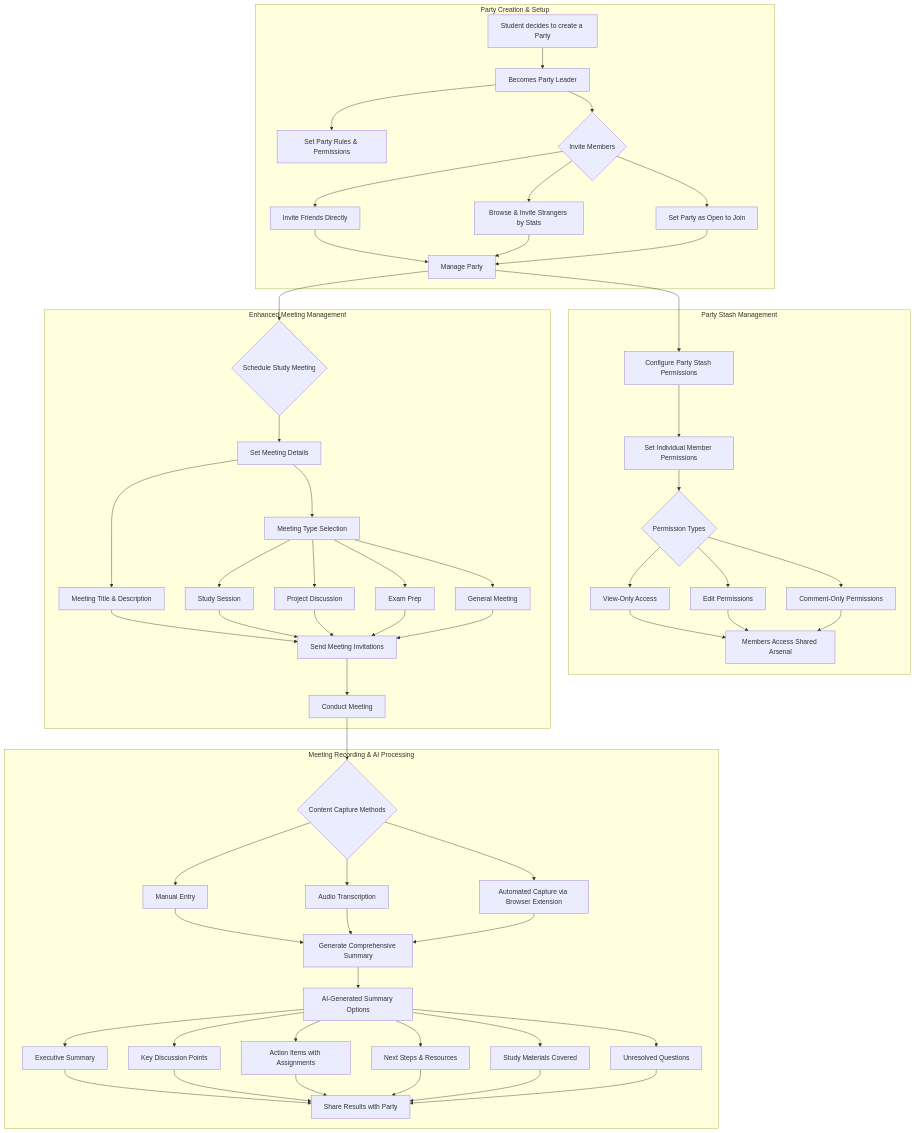
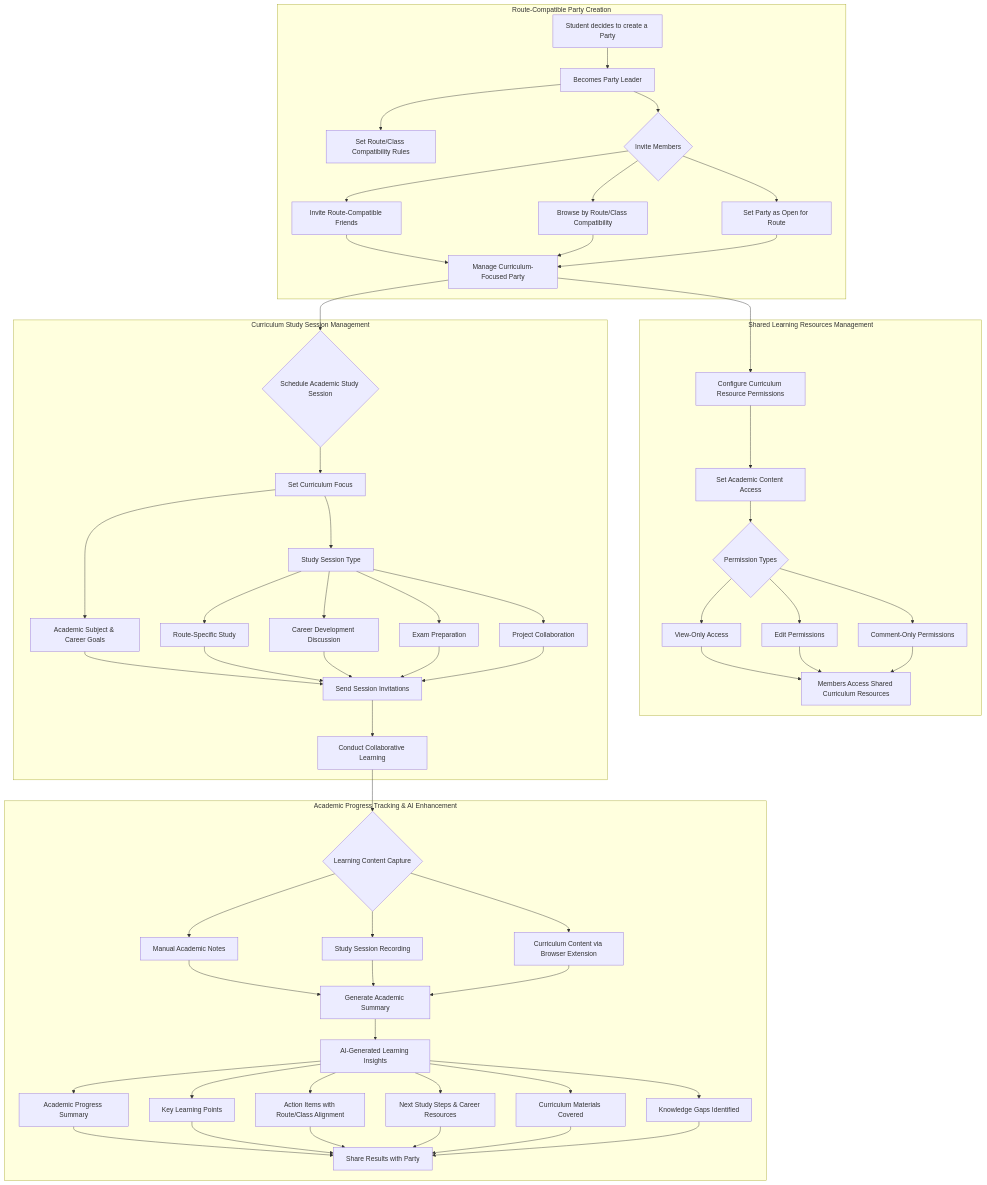
One commit to FA25SE050-RogueLearn/RogueLearn.BMAD.Documentation changed the third of 4 diagrams in docs/prd/user-flows.md. Above: the diagram before and after it, drawn with Mermaid. The commit also changed other lines of this file and 11 other files, not shown here.

````diff
--- a/docs/prd/user-flows.md
+++ b/docs/prd/user-flows.md
@@ -125,66 +120,66 @@
 ```mermaid
 graph TD
-    subgraph "Party Creation & Setup"
+    subgraph "Route-Compatible Party Creation"
         A[Student decides to create a Party] --> B[Becomes Party Leader];
-        B --> C[Set Party Rules & Permissions];
+        B --> C[Set Route/Class Compatibility Rules];
         B --> D{Invite Members};
-        D --> E[Invite Friends Directly];
-        D --> F[Browse & Invite Strangers by Stats];
-        D --> G[Set Party as Open to Join];
-        E --> H[Manage Party];
+        D --> E[Invite Route-Compatible Friends];
+        D --> F[Browse by Route/Class Compatibility];
+        D --> G[Set Party as Open for Route];
+        E --> H[Manage Curriculum-Focused Party];
         F --> H;
         G --> H;
     end
 
-    subgraph "Party Stash Management"
-        H --> I[Configure Party Stash Permissions];
-        I --> J[Set Individual Member Permissions];
+    subgraph "Shared Learning Resources Management"
+        H --> I[Configure Curriculum Resource Permissions];
+        I --> J[Set Academic Content Access];
         J --> K{Permission Types};
         K --> L[View-Only Access];
         K --> M[Edit Permissions];
         K --> N[Comment-Only Permissions];
-        L --> O[Members Access Shared Arsenal];
+        L --> O[Members Access Shared Curriculum Resources];
         M --> O;
         N --> O;
     end
 
-    subgraph "Enhanced Meeting Management"
-        H --> P{Schedule Study Meeting};
-        P --> Q[Set Meeting Details];
-        Q --> Q1[Meeting Title & Description];
-        Q --> Q2[Meeting Type Selection];
-        Q2 --> Q3[Study Session];
-        Q2 --> Q4[Project Discussion];
-        Q2 --> Q5[Exam Prep];
-        Q2 --> Q6[General Meeting];
-        Q1 --> R[Send Meeting Invitations];
+    subgraph "Curriculum Study Session Management"
+        H --> P{Schedule Academic Study Session};
+        P --> Q[Set Curriculum Focus];
+        Q --> Q1[Academic Subject & Career Goals];
+        Q --> Q2[Study Session Type];
+        Q2 --> Q3[Route-Specific Study];
+        Q2 --> Q4[Career Development Discussion];
+        Q2 --> Q5[Exam Preparation];
+        Q2 --> Q6[Project Collaboration];
+        Q1 --> R[Send Session Invitations];
         Q3 --> R;
         Q4 --> R;
         Q5 --> R;
         Q6 --> R;
-        R --> S[Conduct Meeting];
+        R --> S[Conduct Collaborative Learning];
     end
 
-    subgraph "Meeting Recording & AI Processing"
-        S --> T{Content Capture Methods};
-        T --> U[Manual Entry];
-        T --> V[Audio Transcription];
-        T --> W[Automated Capture via Browser Extension];
-        U --> X[Generate Comprehensive Summary];
+    subgraph "Academic Progress Tracking & AI Enhancement"
+        S --> T{Learning Content Capture};
+        T --> U[Manual Academic Notes];
+        T --> V[Study Session Recording];
+        T --> W[Curriculum Content via Browser Extension];
+        U --> X[Generate Academic Summary];
         V --> X;
         W --> X;
-        X --> Y[AI-Generated Summary Options];
-        Y --> Z[Executive Summary];
-        Y --> AA[Key Discussion Points];
-        Y --> BB[Action Items with Assignments];
-        Y --> CC[Next Steps & Resources];
-        Y --> DD[Study Materials Covered];
-        Y --> EE[Unresolved Questions];
+        X --> Y[AI-Generated Learning Insights];
+        Y --> Z[Academic Progress Summary];
+        Y --> AA[Key Learning Points];
+        Y --> BB[Action Items with Route/Class Alignment];
+        Y --> CC[Next Study Steps & Career Resources];
+        Y --> DD[Curriculum Materials Covered];
+        Y --> EE[Knowledge Gaps Identified];
         Z --> FF[Share Results with Party];
         AA --> FF;
         BB --> FF;
         CC --> FF;
         DD --> FF;
         EE --> FF;
     end
 ```
````
